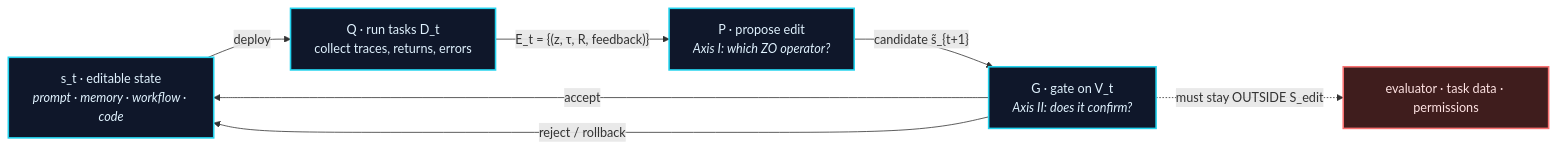
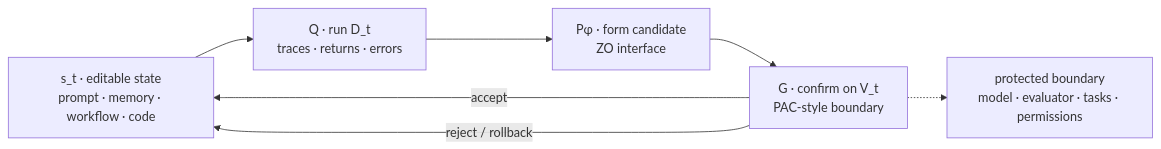
The diagram in README.md (Weichy9218/Awesome-Harness-Optimization), drawn with Mermaid before and after one commit. The commit also changed other lines of this file and 6 other files, not shown here.

Commit message:
Sync docs with HarnessOpt architecture

````diff
--- a/README.md
+++ b/README.md
@@ -74,13 +54,9 @@
-```mermaid
+~~~mermaid
 flowchart LR
-    S["s_t · editable state<br/><i>prompt · memory · workflow · code</i>"] -->|deploy| Q["Q · run tasks D_t<br/>collect traces, returns, errors"]
-    Q -->|"E_t = {(z, τ, R, feedback)}"| P["P · propose edit<br/><i>Axis I: which ZO operator?</i>"]
-    P -->|"candidate s̃_{t+1}"| G["G · gate on V_t<br/><i>Axis II: does it confirm?</i>"]
+    S["s_t · editable state<br/>prompt · memory · workflow · code"] --> Q["Q · run D_t<br/>traces · returns · errors"]
+    Q --> P["Pφ · form candidate<br/>ZO interface"]
+    P --> G["G · confirm on V_t<br/>PAC-style boundary"]
     G -->|accept| S
-    G -->|"reject / rollback"| S
-    G -.->|"must stay OUTSIDE S_edit"| B["evaluator · task data · permissions"]
-    classDef n fill:#0f172a,stroke:#22d3ee,stroke-width:2px,color:#e0f2fe;
-    classDef b fill:#3f1d1d,stroke:#f87171,stroke-width:2px,color:#fee2e2;
-    class S,Q,P,G n;
-    class B b;
-```
+    G -->|reject / rollback| S
+    G -.-> B["protected boundary<br/>model · evaluator · tasks · permissions"]
+~~~
````
